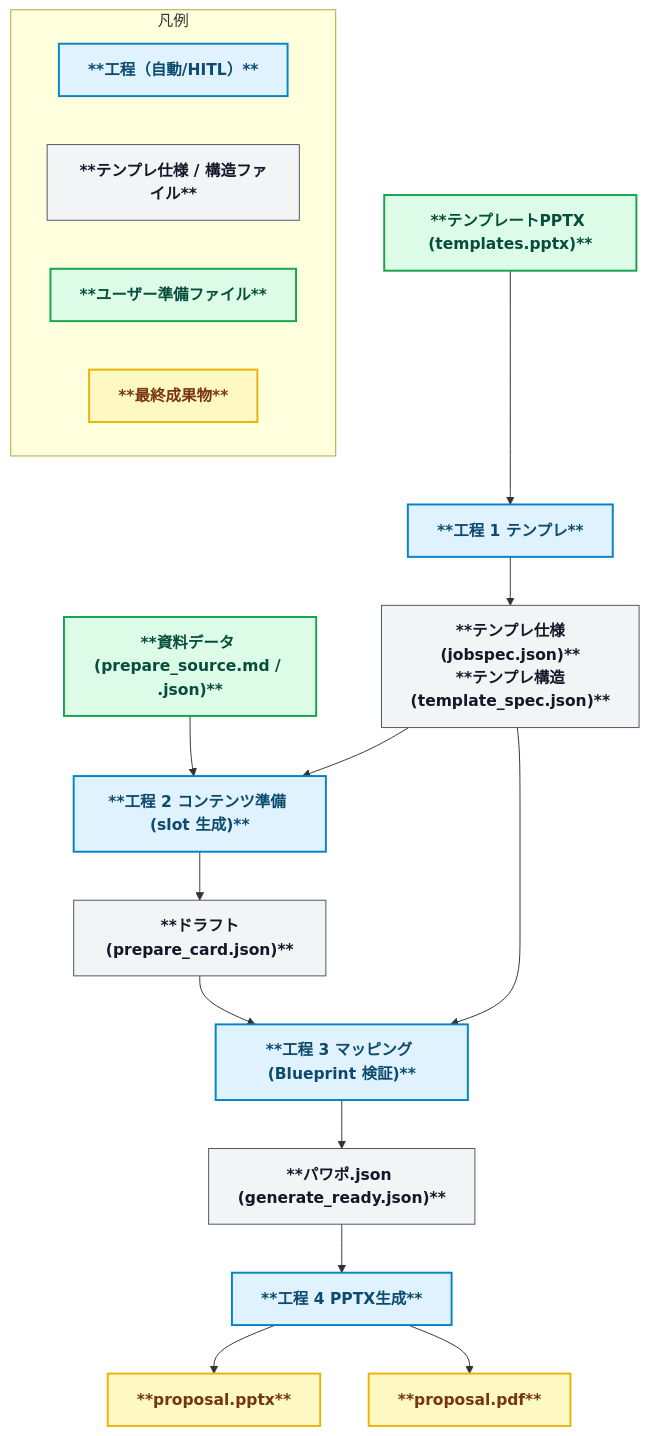
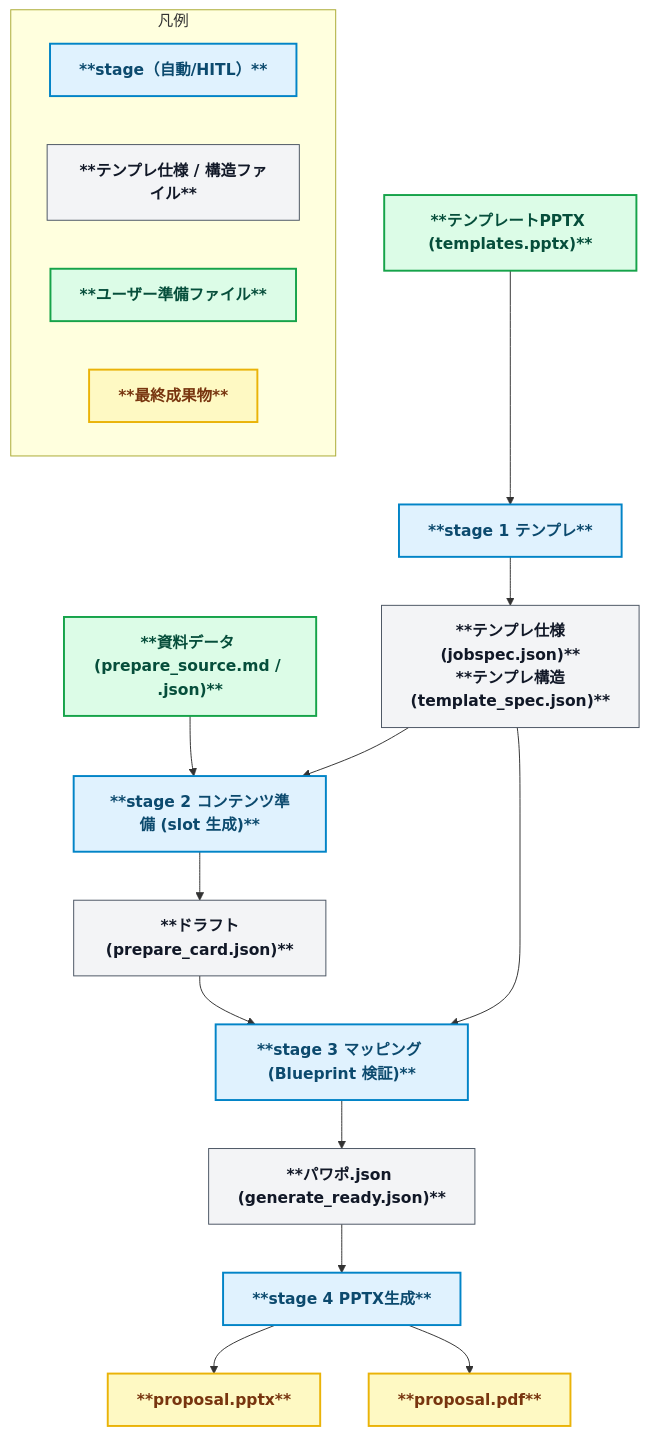
One commit to yurake/pptx_generator changed the second of 2 diagrams in README.md. Above: the diagram before and after it, drawn with Mermaid. The commit also changed other lines of this file and 144 other files, not shown here.

````diff
--- a/README.md
+++ b/README.md
@@ -89,37 +89,37 @@
 ```mermaid
 flowchart TD
   %% ======= Styles =======
   classDef stage fill:#e0f2fe,stroke:#0284c7,stroke-width:2px,color:#0c4a6e,font-weight:bold;
   classDef file fill:#f3f4f6,stroke:#4b5563,stroke-width:1px,color:#111827,font-weight:bold;
   classDef userfile fill:#dcfce7,stroke:#16a34a,stroke-width:2px,color:#064e3b,font-weight:bold;
   classDef final fill:#fef9c3,stroke:#eab308,stroke-width:2px,color:#78350f,font-weight:bold;
 
   %% ======= Stage 1 =======
-  TmplStatic["**テンプレートPPTX (templates.pptx)**"]:::userfile --> S1Static["**工程 1 テンプレ**"]:::stage
+  TmplStatic["**テンプレートPPTX (templates.pptx)**"]:::userfile --> S1Static["**stage 1 テンプレ**"]:::stage
   S1Static --> SpecStatic["**テンプレ仕様(jobspec.json)**<br/>**テンプレ構造(template_spec.json)**"]:::file
 
   %% ======= Stage 2 =======
-  PrepareStatic["**資料データ (prepare_source.md / .json)**"]:::userfile --> S2Static["**工程 2 コンテンツ準備 (slot 生成)**"]:::stage
+  PrepareStatic["**資料データ (prepare_source.md / .json)**"]:::userfile --> S2Static["**stage 2 コンテンツ準備 (slot 生成)**"]:::stage
   SpecStatic --> S2Static
   S2Static --> PrepareCardsStatic["**ドラフト(prepare_card.json)**"]:::file
   PrepareCardsStatic --> S3Static
 
   %% ======= Stage 3 =======
-  S3Static["**工程 3 マッピング (Blueprint 検証)**"]:::stage
+  S3Static["**stage 3 マッピング (Blueprint 検証)**"]:::stage
   SpecStatic --> S3Static
   S3Static --> ReadyStatic["**パワポ.json (generate_ready.json)**"]:::file
 
   %% ======= Stage 4 =======
-  ReadyStatic --> S4Static["**工程 4 PPTX生成**"]:::stage
+  ReadyStatic --> S4Static["**stage 4 PPTX生成**"]:::stage
   S4Static --> PPTXStatic["**proposal.pptx**"]:::final
   S4Static --> PDFStatic["**proposal.pdf**"]:::final
 
   %% ======= Legend =======
   subgraph LegendStatic[凡例]
     direction LR
-    B1["**工程（自動/HITL）**"]:::stage
+    B1["**stage（自動/HITL）**"]:::stage
     B2["**テンプレ仕様 / 構造ファイル**"]:::file
     B3["**ユーザー準備ファイル**"]:::userfile
     B4["**最終成果物**"]:::final
   end
 ```
````
